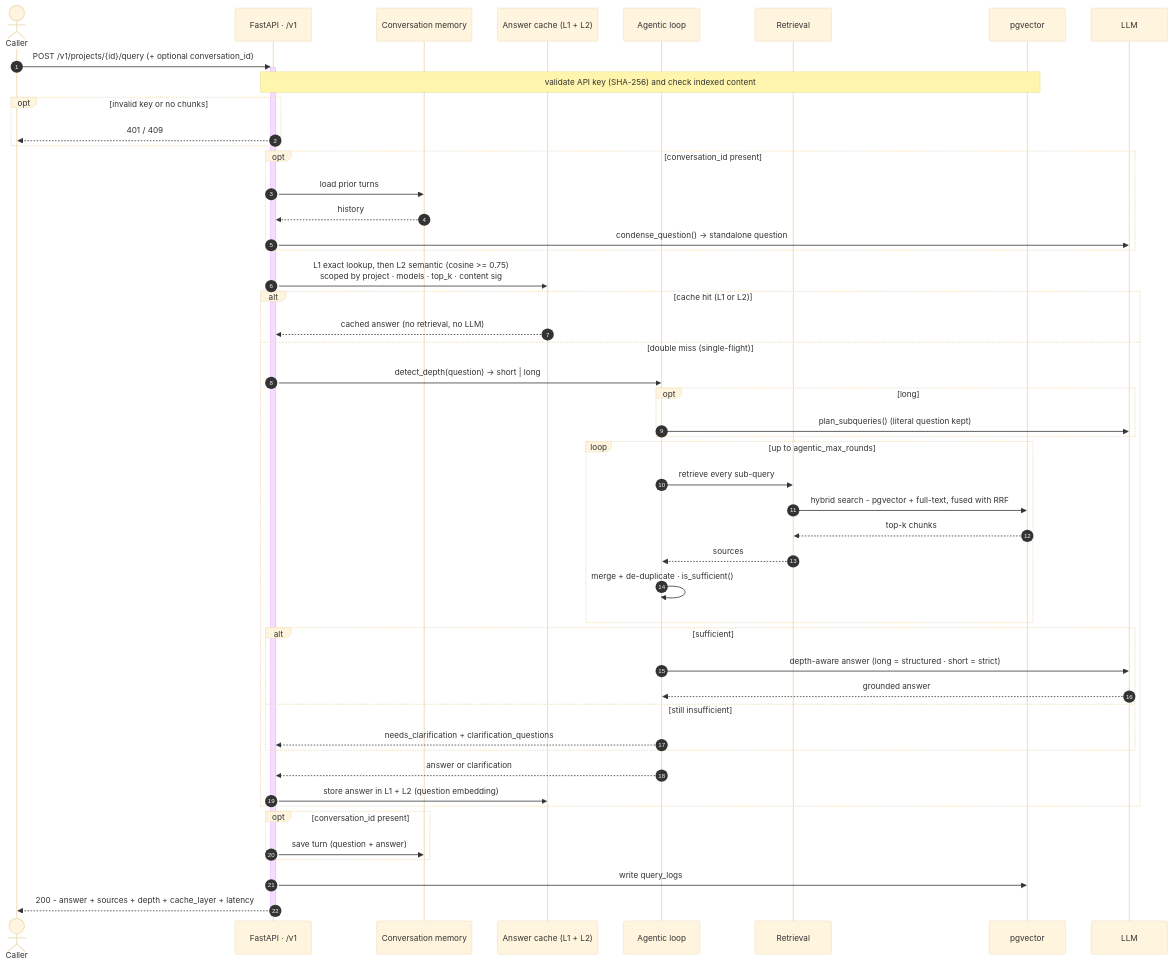
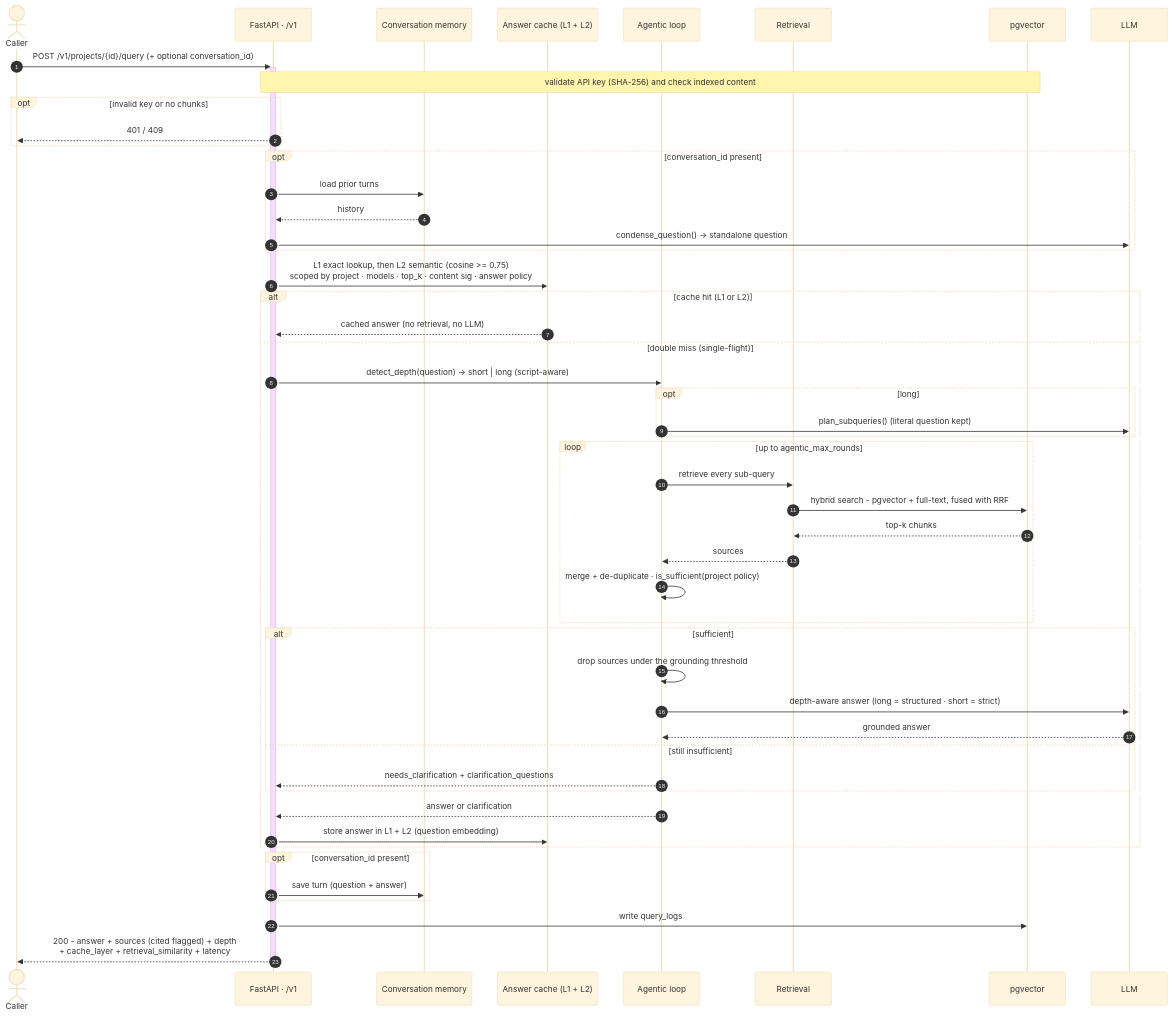
Before and after one commit to haroontrailblazer/Oreag: the third of 6 diagrams in Readme.md, drawn with Mermaid (base theme). The commit also changed other lines of this file and 16 other files, not shown here.

````diff
--- a/Readme.md
+++ b/Readme.md
@@ -176,55 +177,56 @@
 ```mermaid
 sequenceDiagram
     autonumber
     actor C as Caller
     participant API as FastAPI · /v1
     participant CV as Conversation memory
     participant QC as Answer cache (L1 + L2)
     participant AG as Agentic loop
     participant R as Retrieval
     participant DB as pgvector
     participant L as LLM
 
     C->>+API: POST /v1/projects/{id}/query (+ optional conversation_id)
     Note over API,DB: validate API key (SHA-256) and check indexed content
     opt invalid key or no chunks
         API-->>C: 401 / 409
     end
 
     opt conversation_id present
         API->>CV: load prior turns
         CV-->>API: history
         API->>L: condense_question() → standalone question
     end
 
-    API->>QC: L1 exact lookup, then L2 semantic (cosine >= 0.75)<br/>scoped by project · models · top_k · content sig
+    API->>QC: L1 exact lookup, then L2 semantic (cosine >= 0.75)<br/>scoped by project · models · top_k · content sig · answer policy
     alt cache hit (L1 or L2)
         QC-->>API: cached answer (no retrieval, no LLM)
     else double miss (single-flight)
-        API->>AG: detect_depth(question) → short | long
+        API->>AG: detect_depth(question) → short | long (script-aware)
         opt long
             AG->>L: plan_subqueries() (literal question kept)
         end
         loop up to agentic_max_rounds
             AG->>R: retrieve every sub-query
             R->>DB: hybrid search - pgvector + full-text, fused with RRF
             DB-->>R: top-k chunks
             R-->>AG: sources
-            AG->>AG: merge + de-duplicate · is_sufficient()
+            AG->>AG: merge + de-duplicate · is_sufficient(project policy)
         end
         alt sufficient
+            AG->>AG: drop sources under the grounding threshold
             AG->>L: depth-aware answer (long = structured · short = strict)
             L-->>AG: grounded answer
         else still insufficient
             AG-->>API: needs_clarification + clarification_questions
         end
         AG-->>API: answer or clarification
         API->>QC: store answer in L1 + L2 (question embedding)
     end
 
     opt conversation_id present
         API->>CV: save turn (question + answer)
     end
     API->>DB: write query_logs
-    API-->>-C: 200 - answer + sources + depth + cache_layer + latency
+    API-->>-C: 200 - answer + sources (cited flagged) + depth<br/>+ cache_layer + retrieval_similarity + latency
 ```
````
